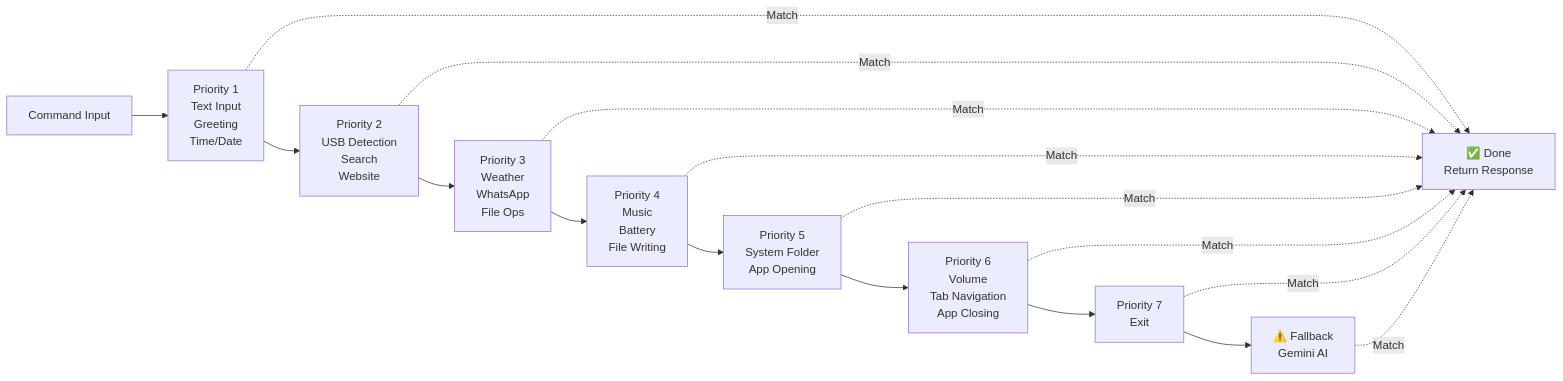
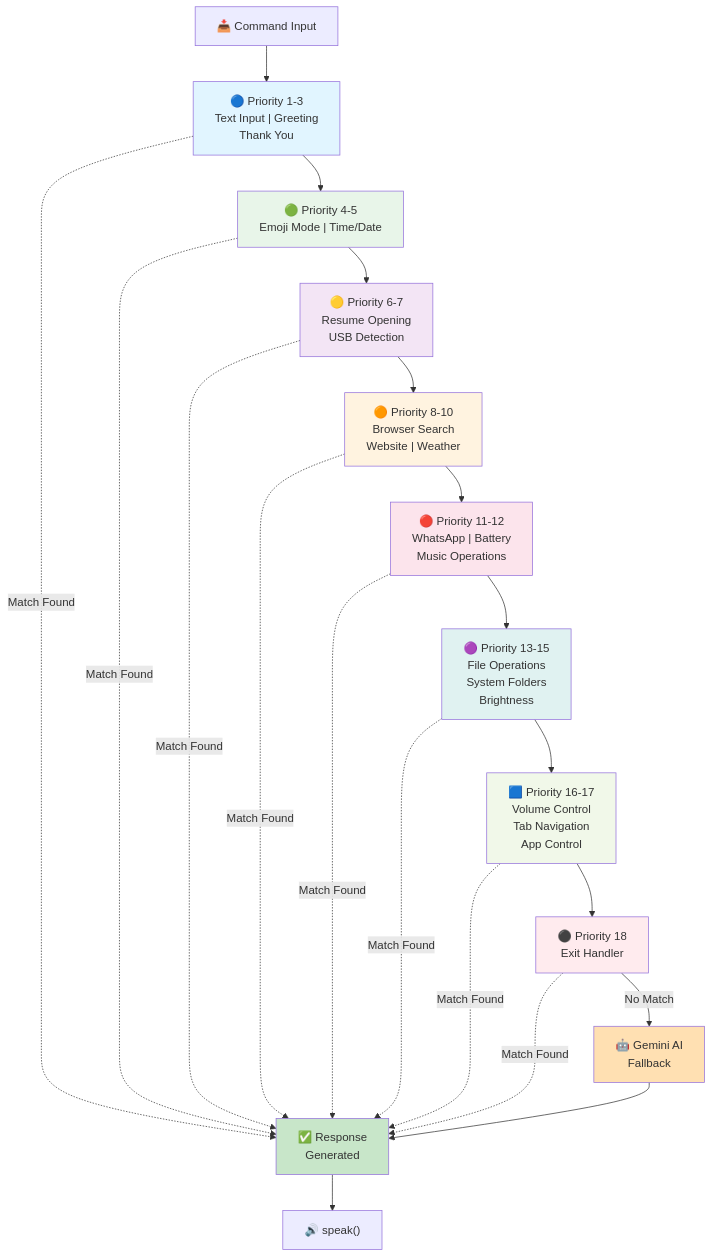
The third of 4 diagrams in Voice Assistant/EchoMind AI/README.md (KGFCH2/OIBSIP), drawn with Mermaid before and after one commit. The commit also changed other lines of this file and 7 other files, not shown here.

````diff
--- a/Voice Assistant/EchoMind AI/README.md
+++ b/Voice Assistant/EchoMind AI/README.md
@@ -243,22 +257,37 @@
 ```mermaid
-graph LR
-    CMD["Command Input"]
+graph TD
+    CMD["📥 Command Input"]
     
-    CMD --> P1["Priority 1<br/>Text Input<br/>Greeting<br/>Time/Date"]
-    P1 --> P2["Priority 2<br/>USB Detection<br/>Search<br/>Website"]
-    P2 --> P3["Priority 3<br/>Weather<br/>WhatsApp<br/>File Ops"]
-    P3 --> P4["Priority 4<br/>Music<br/>Battery<br/>File Writing"]
-    P4 --> P5["Priority 5<br/>System Folder<br/>App Opening"]
-    P5 --> P6["Priority 6<br/>Volume<br/>Tab Navigation<br/>App Closing"]
-    P6 --> P7["Priority 7<br/>Exit"]
-    P7 --> P8["⚠️ Fallback<br/>Gemini AI"]
+    CMD --> P1["🔵 Priority 1-3<br/>Text Input | Greeting<br/>Thank You"]
+    P1 --> P2["🟢 Priority 4-5<br/>Emoji Mode | Time/Date"]
+    P2 --> P3["🟡 Priority 6-7<br/>Resume Opening<br/>USB Detection"]
+    P3 --> P4["🟠 Priority 8-10<br/>Browser Search<br/>Website | Weather"]
+    P4 --> P5["🔴 Priority 11-12<br/>WhatsApp | Battery<br/>Music Operations"]
+    P5 --> P6["🟣 Priority 13-15<br/>File Operations<br/>System Folders<br/>Brightness"]
+    P6 --> P7["🟦 Priority 16-17<br/>Volume Control<br/>Tab Navigation<br/>App Control"]
+    P7 --> P8["⚫ Priority 18<br/>Exit Handler"]
     
-    P1 -.->|Match| DONE1["✅ Done<br/>Return Response"]
-    P2 -.->|Match| DONE1
-    P3 -.->|Match| DONE1
-    P4 -.->|Match| DONE1
-    P5 -.->|Match| DONE1
-    P6 -.->|Match| DONE1
-    P7 -.->|Match| DONE1
-    P8 -.->|Match| DONE1
+    P1 -.->|Match Found| DONE["✅ Response<br/>Generated"]
+    P2 -.->|Match Found| DONE
+    P3 -.->|Match Found| DONE
+    P4 -.->|Match Found| DONE
+    P5 -.->|Match Found| DONE
+    P6 -.->|Match Found| DONE
+    P7 -.->|Match Found| DONE
+    P8 -.->|Match Found| DONE
+    P8 -->|No Match| FALLBACK["🤖 Gemini AI<br/>Fallback"]
+    FALLBACK --> DONE
+    
+    DONE --> OUTPUT["🔊 speak()"]
+    
+    style P1 fill:#e1f5ff
+    style P2 fill:#e8f5e9
+    style P3 fill:#f3e5f5
+    style P4 fill:#fff3e0
+    style P5 fill:#fce4ec
+    style P6 fill:#e0f2f1
+    style P7 fill:#f1f8e9
+    style P8 fill:#ffebee
+    style FALLBACK fill:#ffe0b2
+    style DONE fill:#c8e6c9
 ```
````
